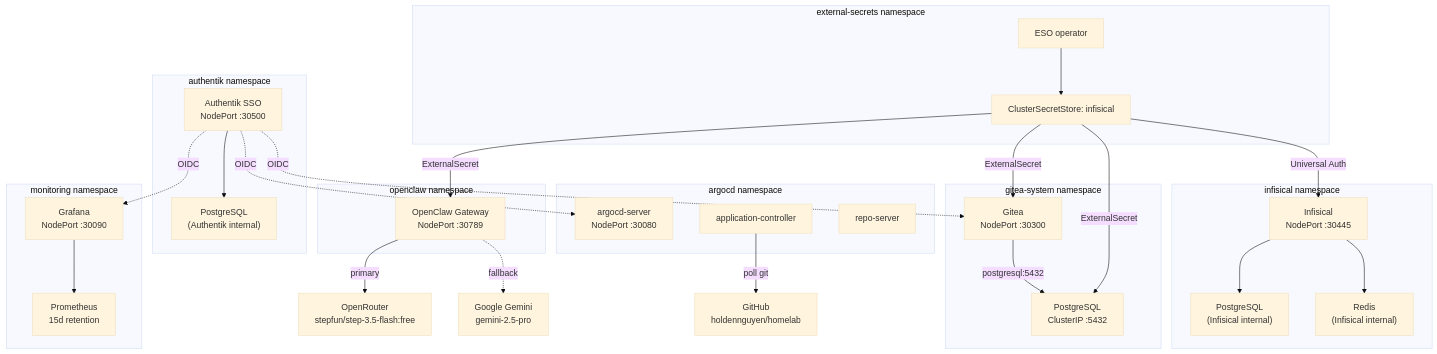
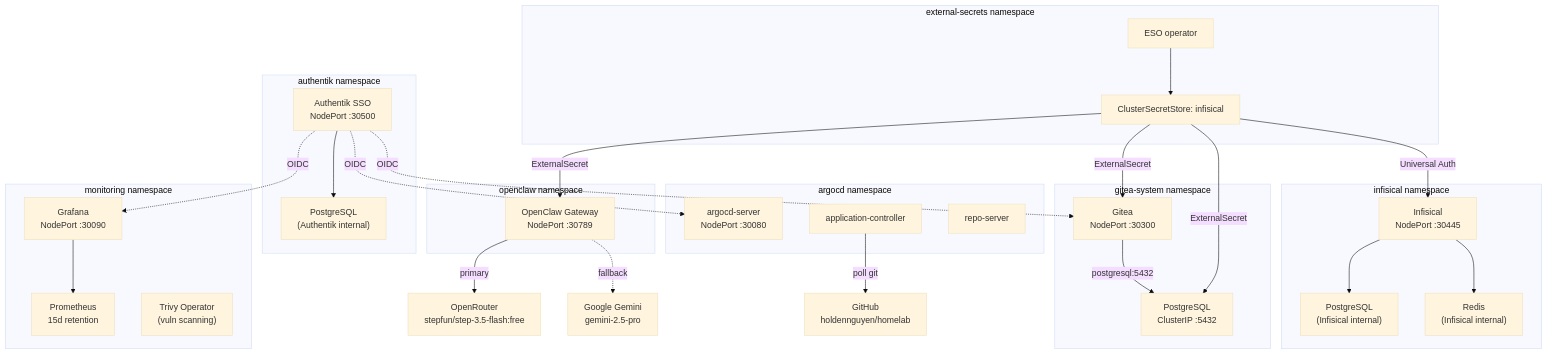
The fourth of 4 diagrams in docs/architecture.md (haingth77/homelab), drawn with Mermaid (base theme) before and after one commit. The commit also changed other lines of this file and 2 other files, not shown here.

````diff
--- a/docs/architecture.md
+++ b/docs/architecture.md
@@ -176,56 +179,57 @@
 ```mermaid
 flowchart TD
     subgraph infisicalNs["infisical namespace"]
         InfisicalPod["Infisical\nNodePort :30445"]
         InfisicalPG["PostgreSQL\n(Infisical internal)"]
         InfisicalRedis["Redis\n(Infisical internal)"]
         InfisicalPod --> InfisicalPG
         InfisicalPod --> InfisicalRedis
     end
 
     subgraph esoNs["external-secrets namespace"]
         ESOPod["ESO operator"]
         CSS["ClusterSecretStore: infisical"]
     end
 
     subgraph argocdNs["argocd namespace"]
         ArgoServer["argocd-server\nNodePort :30080"]
         ArgoController["application-controller"]
         ArgoRepo["repo-server"]
     end
 
     subgraph giteaNs["gitea-system namespace"]
         GiteaPod["Gitea\nNodePort :30300"]
         PGPod["PostgreSQL\nClusterIP :5432"]
         GiteaPod -- "postgresql:5432" --> PGPod
     end
 
     subgraph monNs["monitoring namespace"]
         GrafanaPod["Grafana\nNodePort :30090"]
         PromPod["Prometheus\n15d retention"]
+        TrivyPod["Trivy Operator\n(vuln scanning)"]
         GrafanaPod --> PromPod
     end
 
     subgraph authentikNs["authentik namespace"]
         AuthentikPod["Authentik SSO\nNodePort :30500"]
         AuthentikPG["PostgreSQL\n(Authentik internal)"]
         AuthentikPod --> AuthentikPG
     end
 
     subgraph openclawNs["openclaw namespace"]
         OpenClawPod["OpenClaw Gateway\nNodePort :30789"]
     end
 
     AuthentikPod -. "OIDC" .-> GrafanaPod
     AuthentikPod -. "OIDC" .-> ArgoServer
     AuthentikPod -. "OIDC" .-> GiteaPod
 
     ESOPod --> CSS
     CSS -- "Universal Auth" --> InfisicalPod
     CSS -- "ExternalSecret" --> GiteaPod
     CSS -- "ExternalSecret" --> PGPod
     CSS -- "ExternalSecret" --> OpenClawPod
     OpenClawPod -- "primary" --> OpenRouterAPI["OpenRouter\nstepfun/step-3.5-flash:free"]
     OpenClawPod -. "fallback" .-> GeminiAPI["Google Gemini\ngemini-2.5-pro"]
     ArgoController -- "poll git" --> GitHub["GitHub\nholdennguyen/homelab"]
 ```
````
